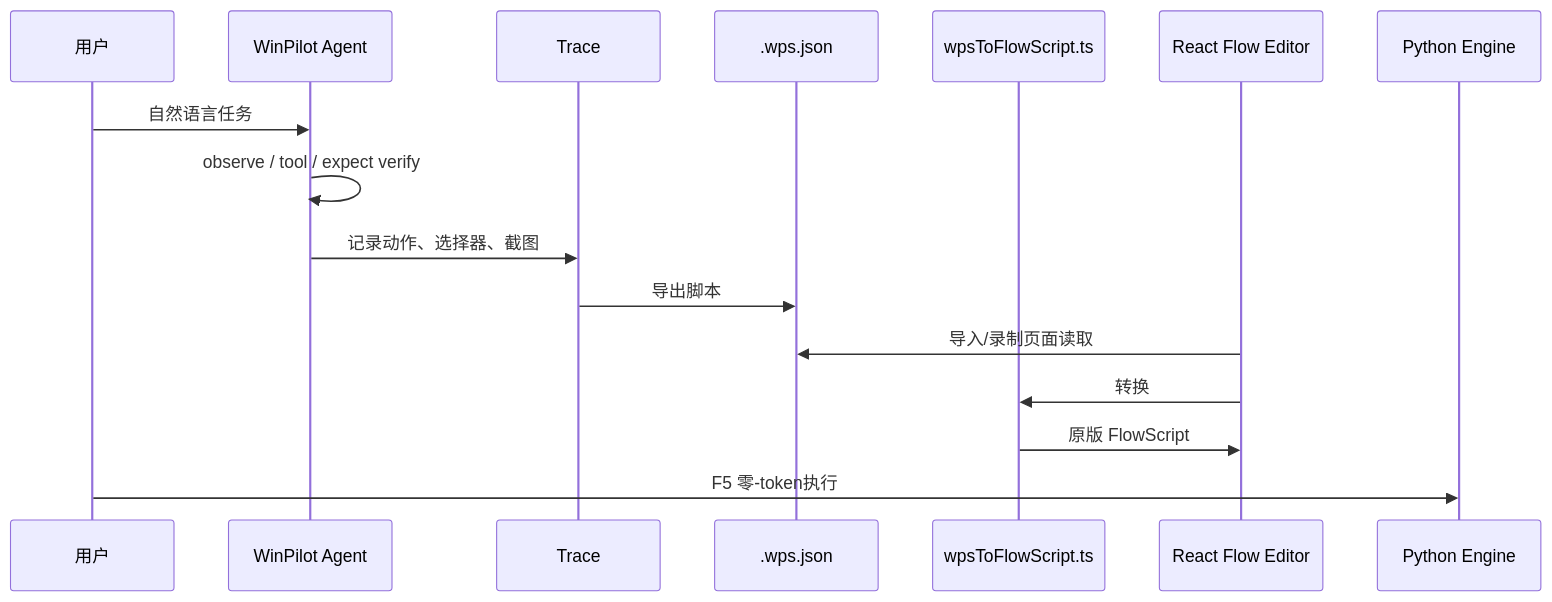
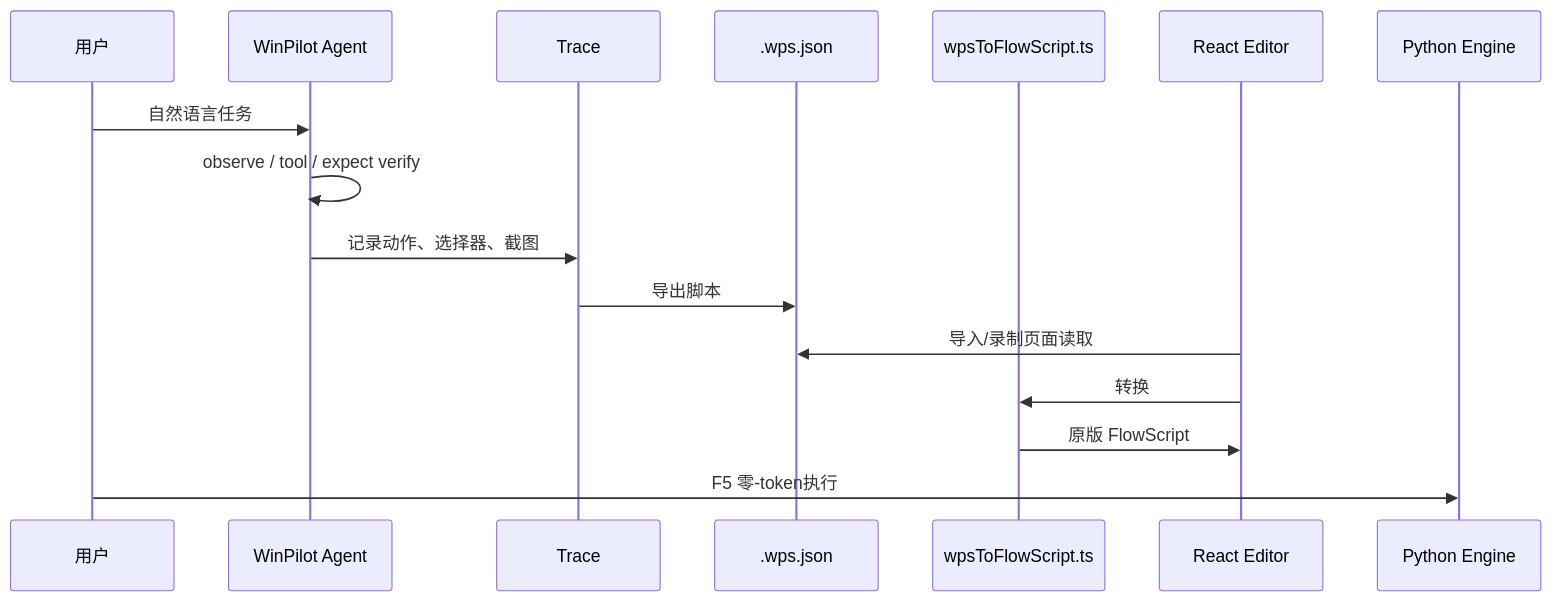
The third of 3 diagrams in docs/architecture.md (zoujiapeng/lingdong-script), drawn with Mermaid before and after one commit. The commit also changed 4 other files, not shown here.

````diff
--- a/docs/architecture.md
+++ b/docs/architecture.md
@@ -64,19 +64,19 @@
 ```mermaid
 sequenceDiagram
     participant U as 用户
     participant A as WinPilot Agent
     participant T as Trace
     participant W as .wps.json
     participant C as wpsToFlowScript.ts
-    participant R as React Flow Editor
+    participant R as React Editor
     participant E as Python Engine
 
     U->>A: 自然语言任务
     A->>A: observe / tool / expect verify
     A->>T: 记录动作、选择器、截图
     T->>W: 导出脚本
     R->>W: 导入/录制页面读取
     R->>C: 转换
     C->>R: 原版 FlowScript
     U->>E: F5 零-token执行
 ```
````
